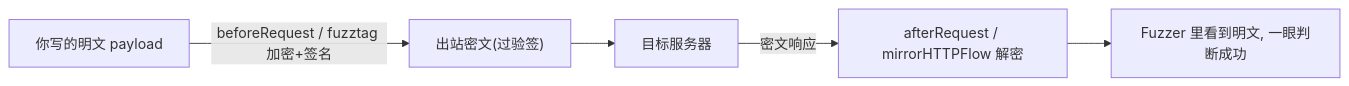
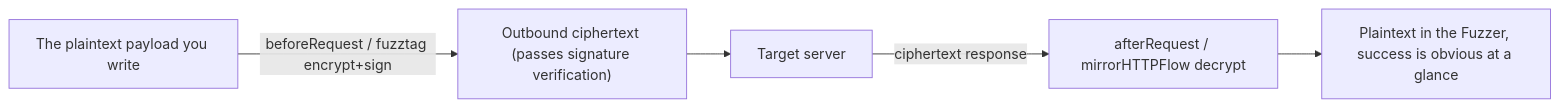
Before and after one commit to DangerousSONG/attack_skills_for_agent: the second of 2 diagrams in yak-skills/webfuzzer-hotpatch/SKILL.md, drawn with Mermaid. The commit also changed other lines of this file and 2116 other files, not shown here.

````diff
--- a/yak-skills/webfuzzer-hotpatch/SKILL.md
+++ b/yak-skills/webfuzzer-hotpatch/SKILL.md
@@ -80,7 +80,7 @@
 ```mermaid
 flowchart LR
-    P["你写的明文 payload"] -->|beforeRequest / fuzztag 加密+签名| W["出站密文(过验签)"]
-    W --> S["目标服务器"]
-    S -->|密文响应| D["afterRequest / mirrorHTTPFlow 解密"]
-    D --> V["Fuzzer 里看到明文, 一眼判断成功"]
+    P["The plaintext payload you write"] -->|beforeRequest / fuzztag encrypt+sign| W["Outbound ciphertext (passes signature verification)"]
+    W --> S["Target server"]
+    S -->|ciphertext response| D["afterRequest / mirrorHTTPFlow decrypt"]
+    D --> V["Plaintext in the Fuzzer, success is obvious at a glance"]
 ```
````
